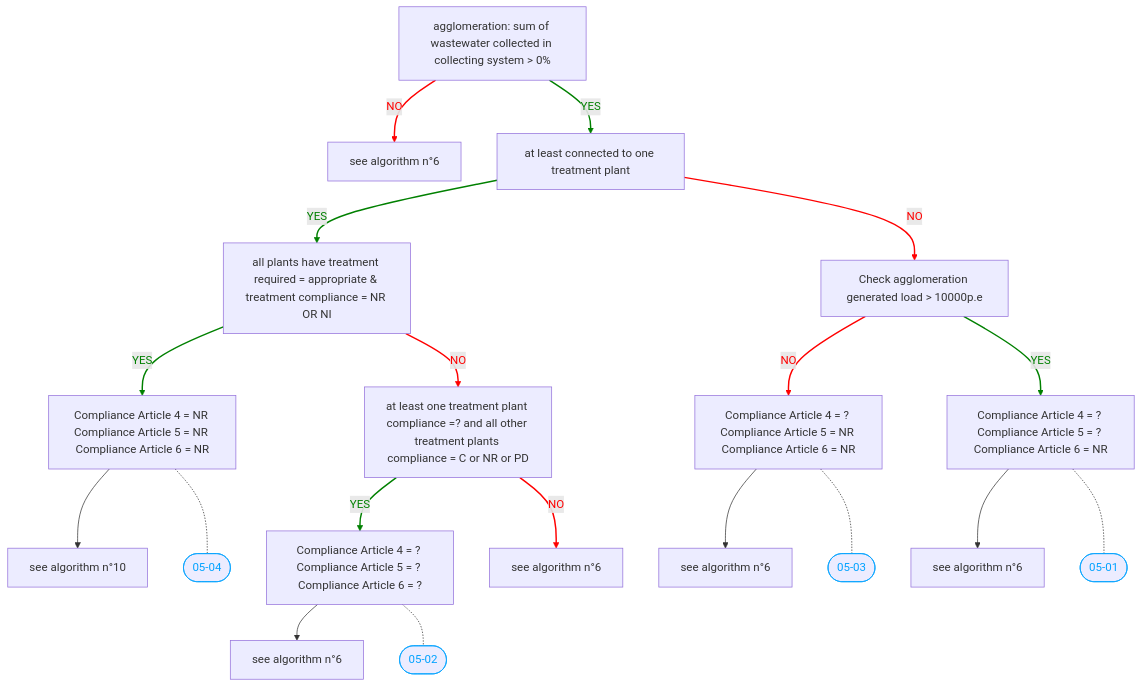
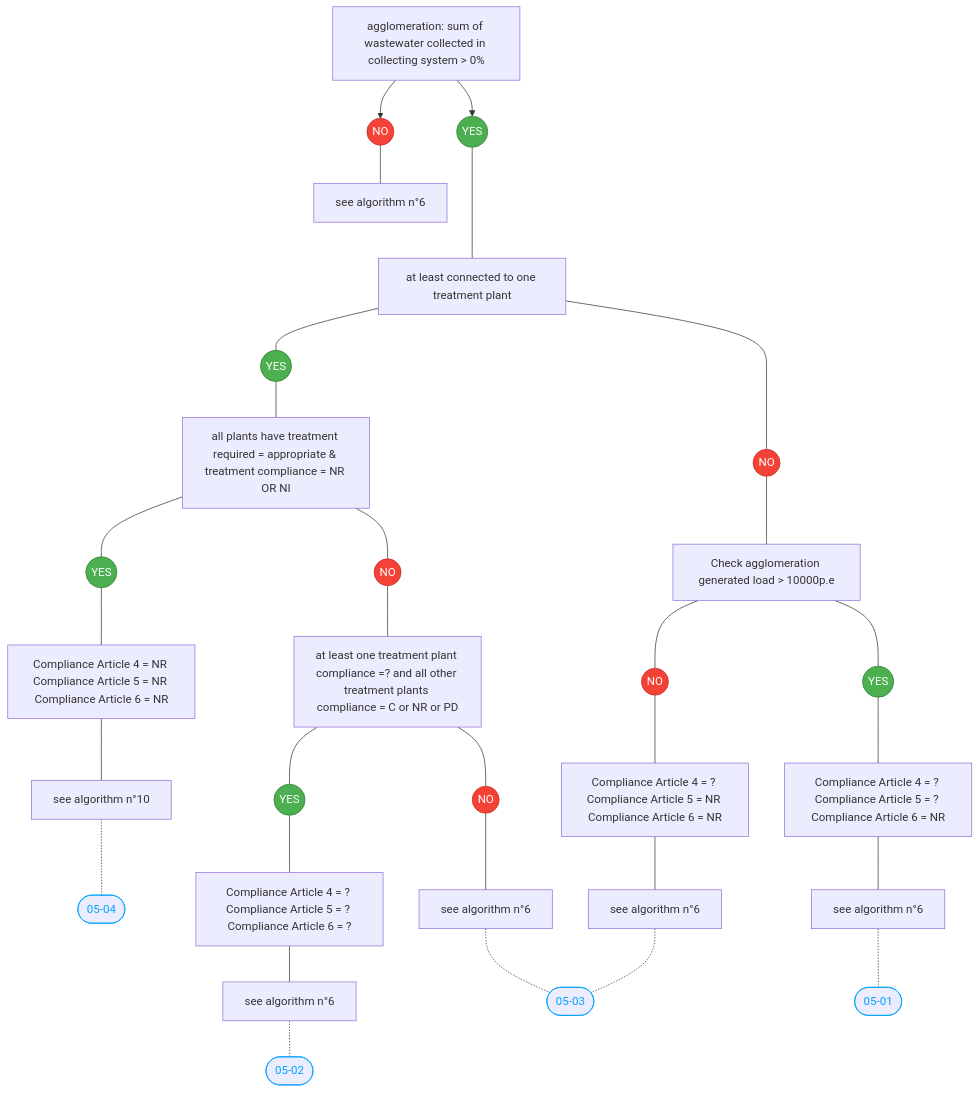
One commit to eeadata/WISE.UWWTD.Documentation changed the diagram in docs/algorithms/algorithm-5.md. Above: the diagram before and after it, drawn with Mermaid. The commit also changed other lines of this file and 23 other files, not shown here.

First line of the commit message:
Update CSS, diagrams and tables

````diff
--- a/docs/algorithms/algorithm-5.md
+++ b/docs/algorithms/algorithm-5.md
@@ -49,39 +49,45 @@
 ```{mermaid}
+
 graph TB
 ROOT["agglomeration: sum of wastewater collected in collecting system > 0%"]
 
-ROOT -->|NO| ALG6_1["see algorithm n°6"]
-ROOT -->|YES| CONN["at least connected to one treatment plant"]
+ROOT --> N1((NO)) --- ALG6_1["see algorithm n°6"]
+ROOT --> Y1((YES)) ---- CONN["at least connected to one treatment plant"]
 
-CONN -->|YES| ALL_PLANTS["all plants have treatment required = appropriate & treatment compliance = NR OR NI"]
-CONN -->|NO| CHECK_LOAD["Check agglomeration generated load > 10000p.e"]
+CONN --- Y2((YES)) --- ALL_PLANTS["all plants have treatment required = appropriate & treatment compliance = NR OR NI"]
+CONN --- N2((NO)) --- CHECK_LOAD["Check agglomeration generated load > 10000p.e"]
 
 %% Left Subtree
-ALL_PLANTS -->|YES| COMP_NR["Compliance Article 4 = NR Compliance Article 5 = NR Compliance Article 6 = NR"]
-COMP_NR --> ALG10["see algorithm n°10"]
-COMP_NR -.- ID04(["05-04"])
+ALL_PLANTS --- Y3((YES)) --- COMP_NR["Compliance Article 4 = NR Compliance Article 5 = NR Compliance Article 6 = NR"]
+COMP_NR --- ALG10["see algorithm n°10"]
+ALG10 -.- ID04(["05-04"])
 
-ALL_PLANTS -->|NO| AT_LEAST["at least one treatment plant compliance =? and all other treatment plants compliance = C or NR or PD"]
+ALL_PLANTS --- N3((NO)) --- AT_LEAST["at least one treatment plant compliance =? and all other treatment plants compliance = C or NR or PD"]
 
-AT_LEAST -->|YES| COMP_Q["Compliance Article 4 = ? Compliance Article 5 = ? Compliance Article 6 = ?"]
-COMP_Q --> ALG6_2["see algorithm n°6"]
-COMP_Q -.- ID02(["05-02"])
+AT_LEAST --- Y4((YES)) --- COMP_Q["Compliance Article 4 = ? Compliance Article 5 = ? Compliance Article 6 = ?"]
+COMP_Q --- ALG6_2["see algorithm n°6"]
+ALG6_2 -.- ID02(["05-02"])
 
-AT_LEAST -->|NO| ALG6_NO["see algorithm n°6"]
+AT_LEAST --- N4((NO)) --- ALG6_NO["see algorithm n°6"]
+ALG6_NO -.- ID03(["05-03"])
 
 %% Right Subtree
-CHECK_LOAD -->|NO| LOAD_NO["Compliance Article 4 = ? Compliance Article 5 = NR Compliance Article 6 = NR"]
-LOAD_NO --> ALG6_3["see algorithm n°6"]
-LOAD_NO -.- ID03(["05-03"])
+CHECK_LOAD --- N5((NO)) --- LOAD_NO["Compliance Article 4 = ? Compliance Article 5 = NR Compliance Article 6 = NR"]
+LOAD_NO --- ALG6_3["see algorithm n°6"]
+ALG6_3 -.- ID03(["05-03"])
 
-CHECK_LOAD -->|YES| LOAD_YES["Compliance Article 4 = ? Compliance Article 5 = ? Compliance Article 6 = NR"]
-LOAD_YES --> ALG6_4["see algorithm n°6"]
-LOAD_YES -.- ID01(["05-01"])
+CHECK_LOAD --- Y5((YES)) --- LOAD_YES["Compliance Article 4 = ? Compliance Article 5 = ? Compliance Article 6 = NR"]
+LOAD_YES --- ALG6_4["see algorithm n°6"]
+ALG6_4 -.- ID01(["05-01"])
 
+%% Styles
 classDef reference stroke:#00a2ff,color:#00a2ff;
-class ID04,ID02,ID03,ID01 reference;
+classDef yesBox fill:#4CAF50,color:white,stroke:#2E7D32;
+classDef noBox fill:#F44336,color:white,stroke:#C62828;
 
-%% Apply YES (Green) and NO (Red) Link Styles
-linkStyle 1,2,4,8,15 stroke:green,color:green,stroke-width:2px;
-linkStyle 0,3,7,11,12 stroke:red,color:red,stroke-width:2px;
+%% Class Assignments
+class ID01,ID02,ID03,ID04 reference;
+class Y1,Y2,Y3,Y4,Y5 yesBox;
+class N1,N2,N3,N4,N5 noBox;
+
 ```
````
